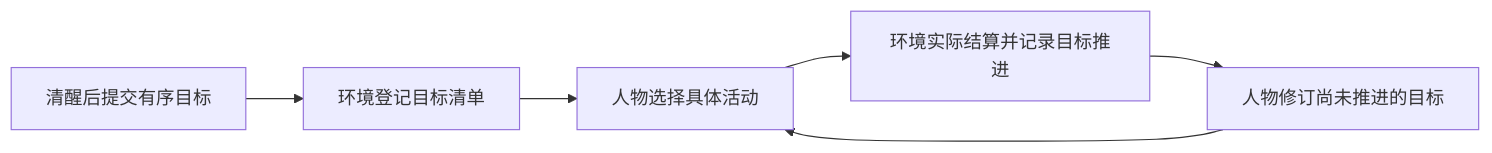
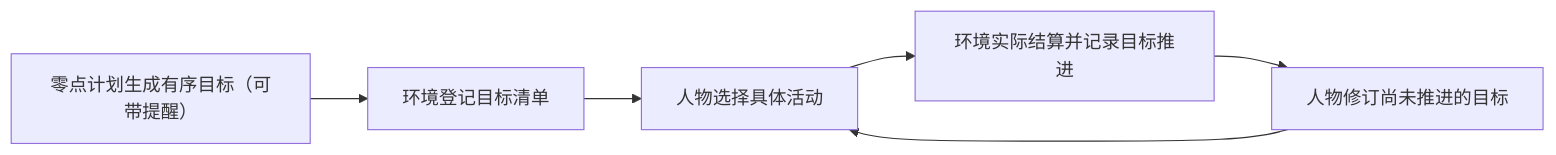
Before and after one commit to HoldThatThgt/WorldMock: the first of 2 diagrams in docs/CONTRACTS.md, drawn with Mermaid. The commit also changed other lines of this file and 28 other files, not shown here.

````diff
--- a/docs/CONTRACTS.md
+++ b/docs/CONTRACTS.md
@@ -135,8 +136,8 @@
 ```mermaid
 flowchart LR
-    A[清醒后提交有序目标] --> B[环境登记目标清单]
+    A[零点计划生成有序目标（可带提醒）] --> B[环境登记目标清单]
     B --> C[人物选择具体活动]
     C --> D[环境实际结算并记录目标推进]
     D --> E[人物修订尚未推进的目标]
     E --> C
 ```
````
